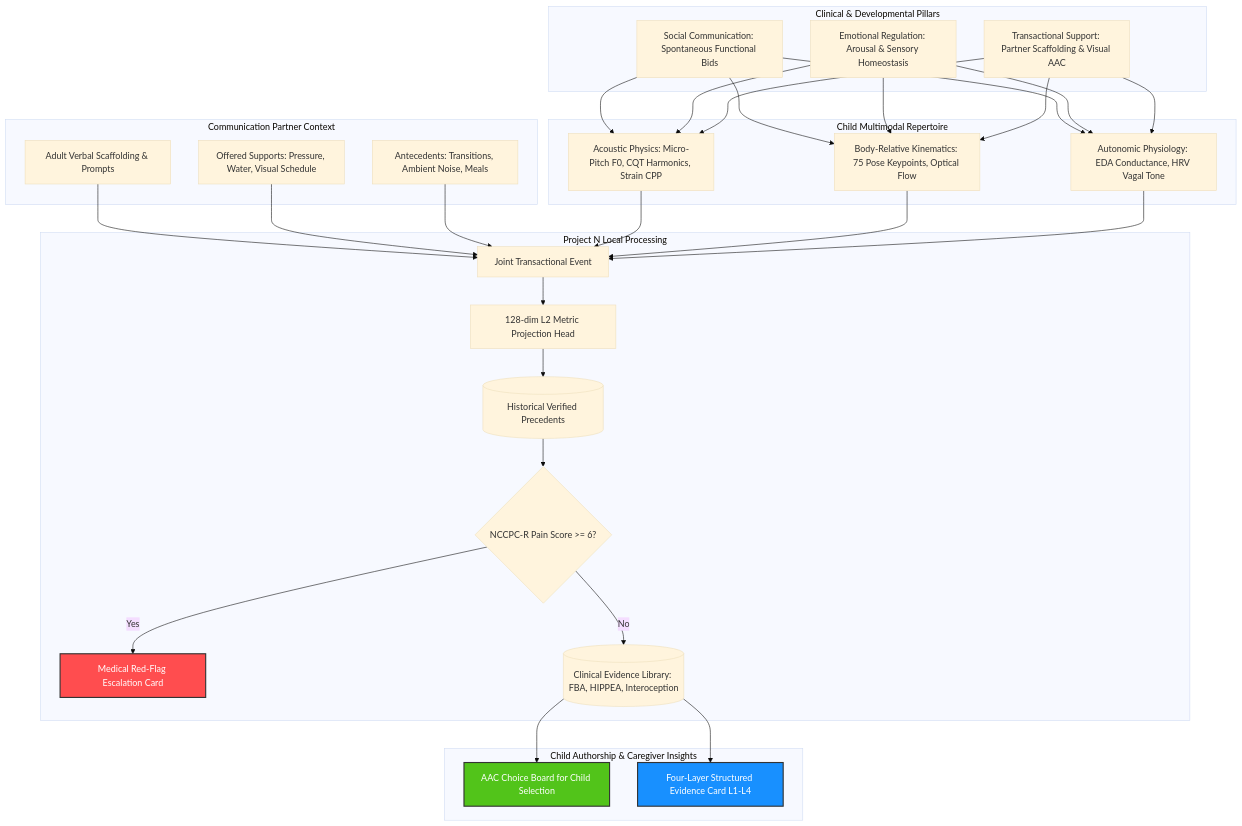
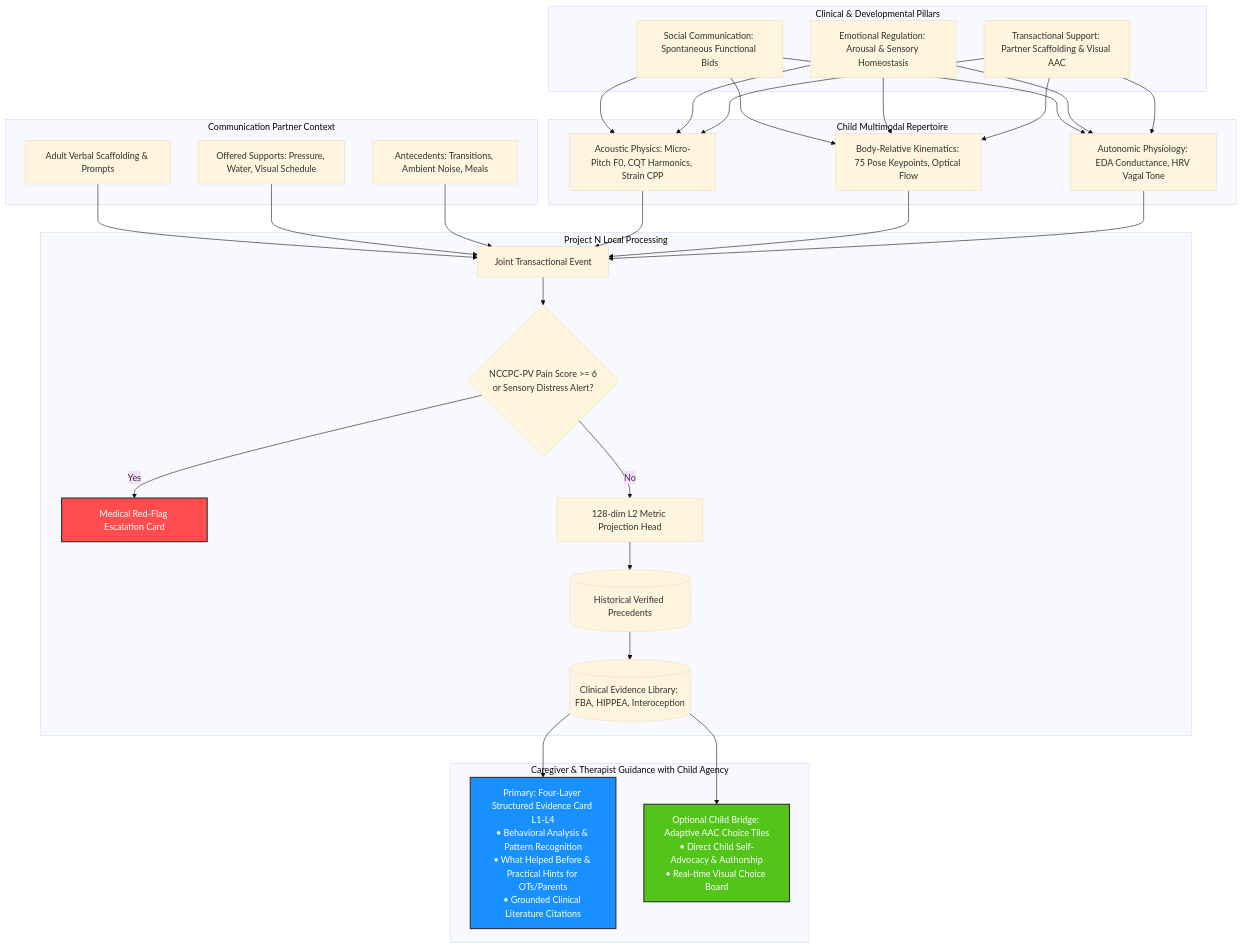
One commit to olostan/project_n changed the second of 4 diagrams in docs/WHITE_PAPER.md. Above: the diagram before and after it, drawn with Mermaid (base theme). The commit also changed other lines of this file and 10 other files, not shown here.

````diff
--- a/docs/WHITE_PAPER.md
+++ b/docs/WHITE_PAPER.md
@@ -57,41 +61,41 @@
 ```mermaid
 graph TD
     subgraph SCERTS Foundation [Clinical & Developmental Pillars]
         SC[Social Communication: Spontaneous Functional Bids]
         ER[Emotional Regulation: Arousal & Sensory Homeostasis]
         TS[Transactional Support: Partner Scaffolding & Visual AAC]
     end
 
     subgraph Sensory Observables [Child Multimodal Repertoire]
         Acoustic[Acoustic Physics: Micro-Pitch F0, CQT Harmonics, Strain CPP]
         Kinematic[Body-Relative Kinematics: 75 Pose Keypoints, Optical Flow]
         Physio[Autonomic Physiology: EDA Conductance, HRV Vagal Tone]
     end
 
     subgraph Partner Dynamics [Communication Partner Context]
         AdultWords[Adult Verbal Scaffolding & Prompts]
         AdultActions[Offered Supports: Pressure, Water, Visual Schedule]
         Environment[Antecedents: Transitions, Ambient Noise, Meals]
     end
 
     SC & ER & TS --> Acoustic & Kinematic & Physio
     AdultWords & AdultActions & Environment --> JointEvent[Joint Transactional Event]
     Acoustic & Kinematic & Physio --> JointEvent
 
     subgraph Analytical Core [Project N Local Processing]
-        JointEvent --> MetricHead[128-dim L2 Metric Projection Head]
+        JointEvent --> SafetyGate{NCCPC-PV Pain Score >= 6<br/>or Sensory Distress Alert?}
+        SafetyGate -->|Yes| MedicalCard[Medical Red-Flag Escalation Card]
+        SafetyGate -->|No| MetricHead[128-dim L2 Metric Projection Head]
         MetricHead --> EpisodicMemory[(Historical Verified Precedents)]
-        EpisodicMemory --> SafetyGate{NCCPC-R Pain Score >= 6?}
-        SafetyGate -->|Yes| MedicalCard[Medical Red-Flag Escalation Card]
-        SafetyGate -->|No| RAG[(Clinical Evidence Library: FBA, HIPPEA, Interoception)]
+        EpisodicMemory --> RAG[(Clinical Evidence Library: FBA, HIPPEA, Interoception)]
     end
 
-    subgraph Empowerment [Child Authorship & Caregiver Insights]
-        RAG --> AACBridge[AAC Choice Board for Child Selection]
-        RAG --> CaregiverCard[Four-Layer Structured Evidence Card L1-L4]
+    subgraph Empowerment [Caregiver & Therapist Guidance with Child Agency]
+        RAG --> CaregiverCard[Primary: Four-Layer Structured Evidence Card L1-L4<br/>• Behavioral Analysis & Pattern Recognition<br/>• What Helped Before & Practical Hints for OTs/Parents<br/>• Grounded Clinical Literature Citations]
+        RAG --> AACBridge[Optional Child Bridge: Adaptive AAC Choice Tiles<br/>• Direct Child Self-Advocacy & Authorship<br/>• Real-time Visual Choice Board]
     end
 
     style MedicalCard fill:#ff4d4f,color:#fff,stroke:#333,stroke-width:2px
     style AACBridge fill:#52c41a,color:#fff,stroke:#333,stroke-width:2px
     style CaregiverCard fill:#1890ff,color:#fff,stroke:#333,stroke-width:2px
 ```
````
